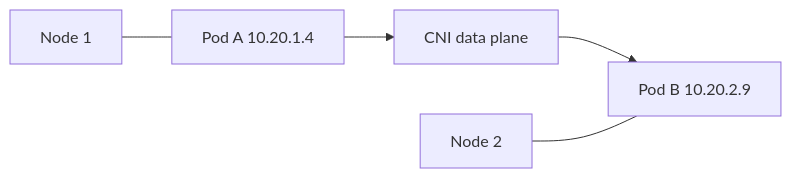
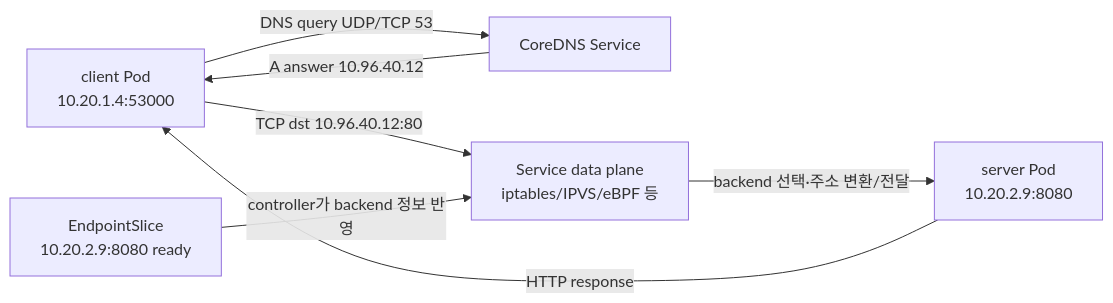
The first of 2 diagrams in learning/kubernetes/05-networking-services.md (mj006648/netai-devsecops-runbook), drawn with Mermaid before and after one commit. The commit also changed other lines of this file and 165 other files, not shown here.

````diff
--- a/learning/kubernetes/05-networking-services.md
+++ b/learning/kubernetes/05-networking-services.md
@@ -26,7 +34,9 @@
 ```mermaid
 flowchart LR
-    PA["Pod A 10.20.1.4"] --> CNI["CNI data plane"]
-    CNI --> PB["Pod B 10.20.2.9"]
-    N1["Node 1"] --- PA
-    N2["Node 2"] --- PB
+    PA["client Pod\n10.20.1.4:53000"] -->|"DNS query UDP/TCP 53"| DNS["CoreDNS Service"]
+    DNS -->|"A answer 10.96.40.12"| PA
+    PA -->|"TCP dst 10.96.40.12:80"| DP["Service data plane\niptables/IPVS/eBPF 등"]
+    ES["EndpointSlice\n10.20.2.9:8080 ready"] -->|"controller가 backend 정보 반영"| DP
+    DP -->|"backend 선택·주소 변환/전달"| PB["server Pod\n10.20.2.9:8080"]
+    PB -->|"HTTP response"| PA
 ```
````
